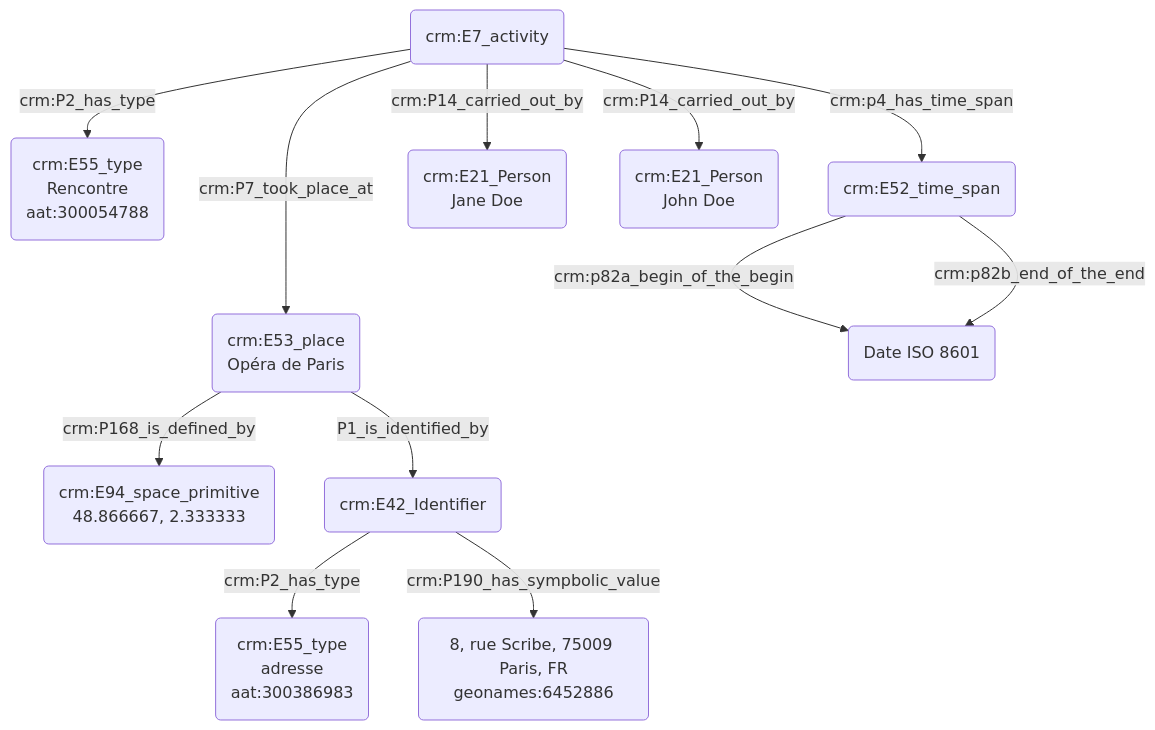
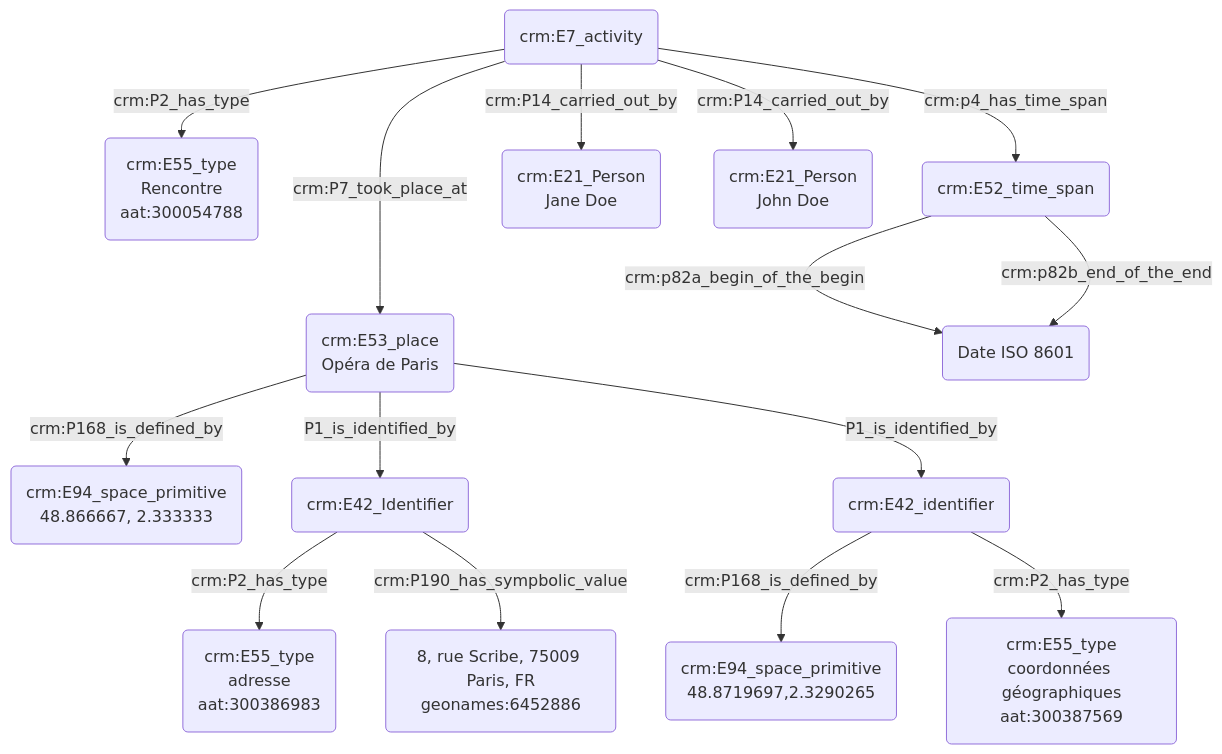
The diagram in modules/livrables/Dossier 2/Prosopographie/rencontre de quelqu'un dans un lieu fréquenté par les deux personnes.md (Amleth/consortium-musica2-gt2-ontologies), drawn with Mermaid before and after one commit.

Commit message:
Update rencontre de quelqu'un dans un lieu fréquenté par les deux personnes.md

````diff
--- a/modules/livrables/Dossier 2/Prosopographie/rencontre de quelqu'un dans un lieu fréquenté par les deux personnes.md
+++ b/modules/livrables/Dossier 2/Prosopographie/rencontre de quelqu'un dans un lieu fréquenté par les deux personnes.md
@@ -11,19 +11,22 @@
 ```mermaid
 graph TD;
 
 K(crm:E7_activity<br>rencontre) --->|crm:P7_took_place_at| M(crm:E53_place<br>Opéra de Paris)
 M(crm:E53_place<br>Opéra de Paris) --> |crm:P168_is_defined_by| N(crm:E94_space_primitive
 48.866667, 2.333333)
 M(crm:E53_place<br>Opéra de Paris) --> |P1_is_identified_by| O(crm:E42_Identifier)
 O(crm:E42_Identifier) --> |crm:P2_has_type| P(crm:E55_type<br>adresse<br>aat:300386983)
 O(crm:E42_Identifier) --> |crm:P190_has_sympbolic_value| Q(8, rue Scribe, 75009 Paris, FR<br>geonames:6452886)
 K(crm:E7_activity<br>recontre) --> |crm:P2_has_type| L(crm:E55_type<br>Rencontre<br>aat:300054788)
+M(crm:E53_place<br>Opéra de Paris) --> |P1_is_identified_by| R(crm:E42_Identifier)
+R(crm:E42_identifier) --> |crm:P168_is_defined_by| S(crm:E94_space_primitive<br>48.8719697,2.3290265)
+R(crm:E42_identifier) --> |crm:P2_has_type| T(crm:E55_type<br>coordonnées géographiques<br>aat:300387569)
  
 K(crm:E7_activity) --> |crm:p4_has_time_span| D(crm:E52_time_span)
 D(crm:E52_time_span) --> |crm:p82a_begin_of_the_begin| E("Date ISO 8601")
 D(crm:E52_time_span) --> |crm:p82b_end_of_the_end| E("Date ISO 8601")
 
 K(crm:E7_activity) -->|crm:P14_carried_out_by| A(crm:E21_Person<br>Jane Doe)
 K(crm:E7_activity) -->|crm:P14_carried_out_by| J(crm:E21_Person<br>John Doe)
 
 ```
````
